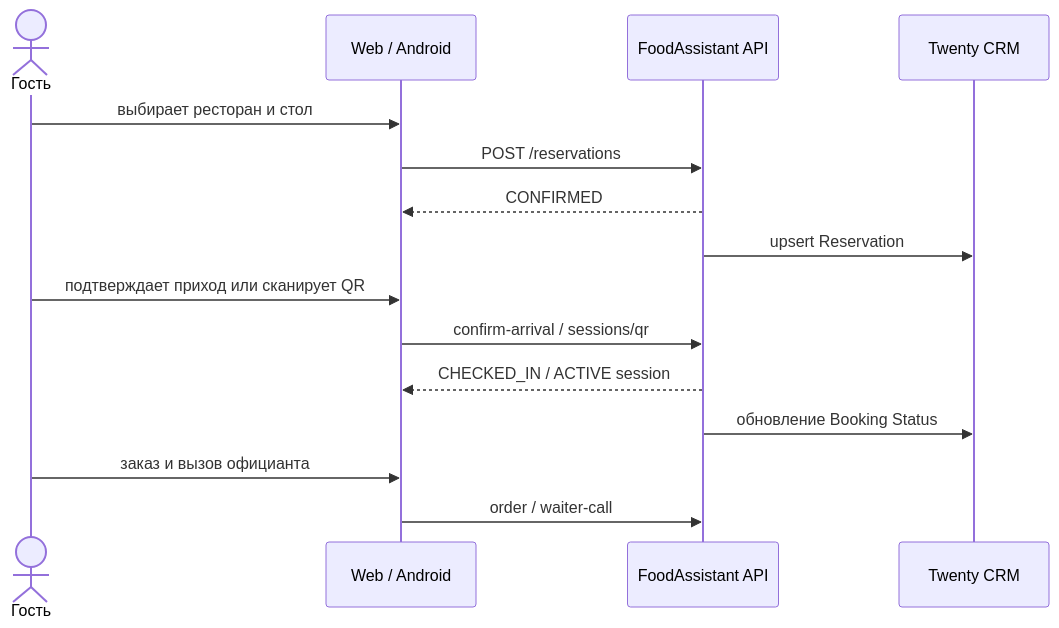
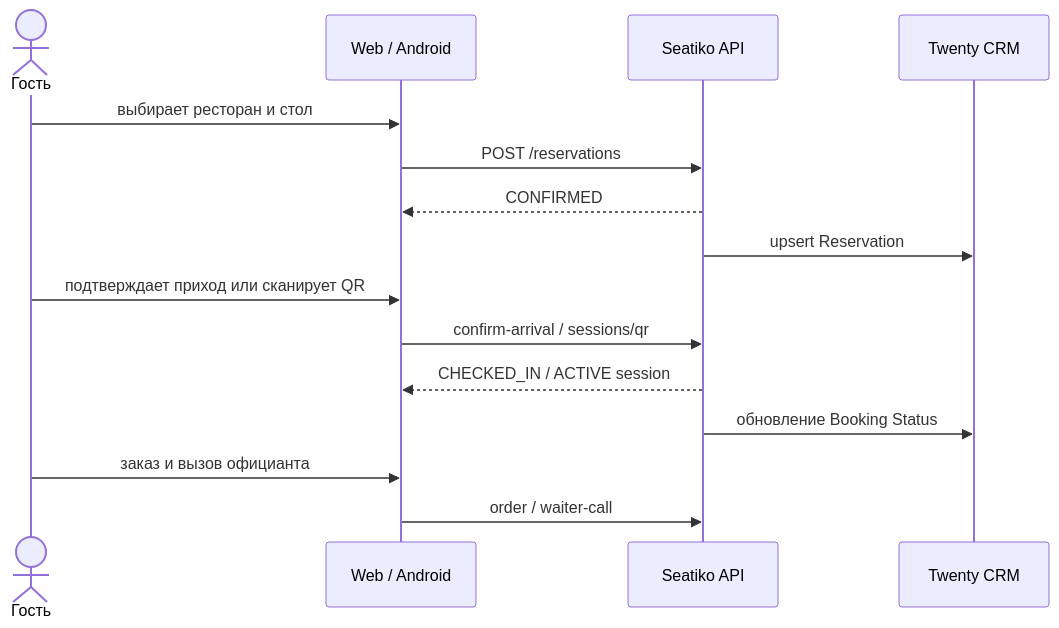
Before and after one commit to MagnumCinema/Seatiko: the third of 4 diagrams in docs/ENGINEERING.md, drawn with Mermaid. The commit also changed other lines of this file and 417 other files, not shown here.

First line of the commit message:
feat: Seatiko rebrand, unified booking flow and venue page redesign

````diff
--- a/docs/ENGINEERING.md
+++ b/docs/ENGINEERING.md
@@ -217,18 +217,18 @@
 ```mermaid
 sequenceDiagram
     actor Guest as Гость
     participant App as Web / Android
-    participant API as FoodAssistant API
+    participant API as Seatiko API
     participant CRM as Twenty CRM
 
     Guest->>App: выбирает ресторан и стол
     App->>API: POST /reservations
     API-->>App: CONFIRMED
     API->>CRM: upsert Reservation
     Guest->>App: подтверждает приход или сканирует QR
     App->>API: confirm-arrival / sessions/qr
     API-->>App: CHECKED_IN / ACTIVE session
     API->>CRM: обновление Booking Status
     Guest->>App: заказ и вызов официанта
     App->>API: order / waiter-call
 ```
````
